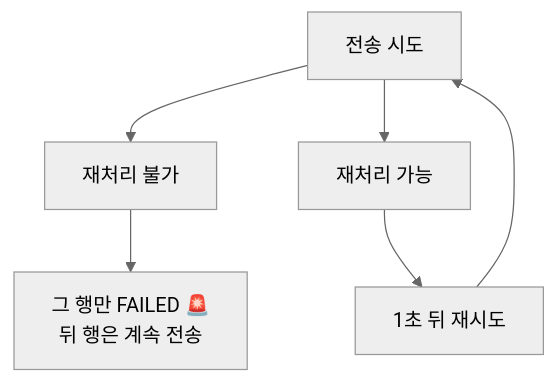
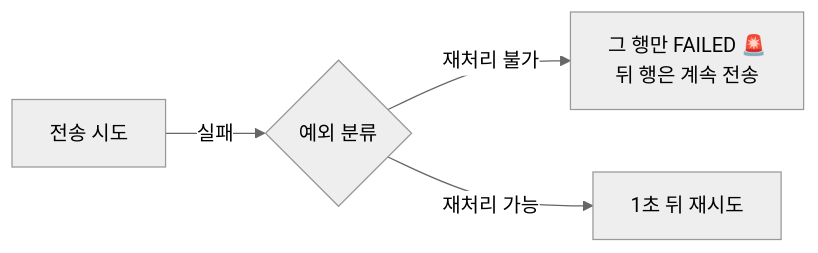
The third of 5 diagrams in .docs/spec/messaging-spec.md (rivertw777/ModuDrive-API), drawn with Mermaid (neutral theme) before and after one commit. The commit also changed other lines of this file and 1 other file, not shown here.

````diff
--- a/.docs/spec/messaging-spec.md
+++ b/.docs/spec/messaging-spec.md
@@ -151,8 +144,6 @@
 ```mermaid
-flowchart TD
-    A["전송 시도"] --> P["재처리 불가"]
-    A --> R["재처리 가능"]
-    P --> X["그 행만 FAILED 🚨<br/>뒤 행은 계속 전송"]
-    R --> W["1초 뒤 재시도"]
-    W --> A
+flowchart LR
+    A["전송 시도"] -- "실패" --> CLS{"예외 분류"}
+    CLS -- "재처리 불가" --> X["그 행만 FAILED 🚨<br/>뒤 행은 계속 전송"]
+    CLS -- "재처리 가능" --> W["1초 뒤 재시도"]
 ```
````
